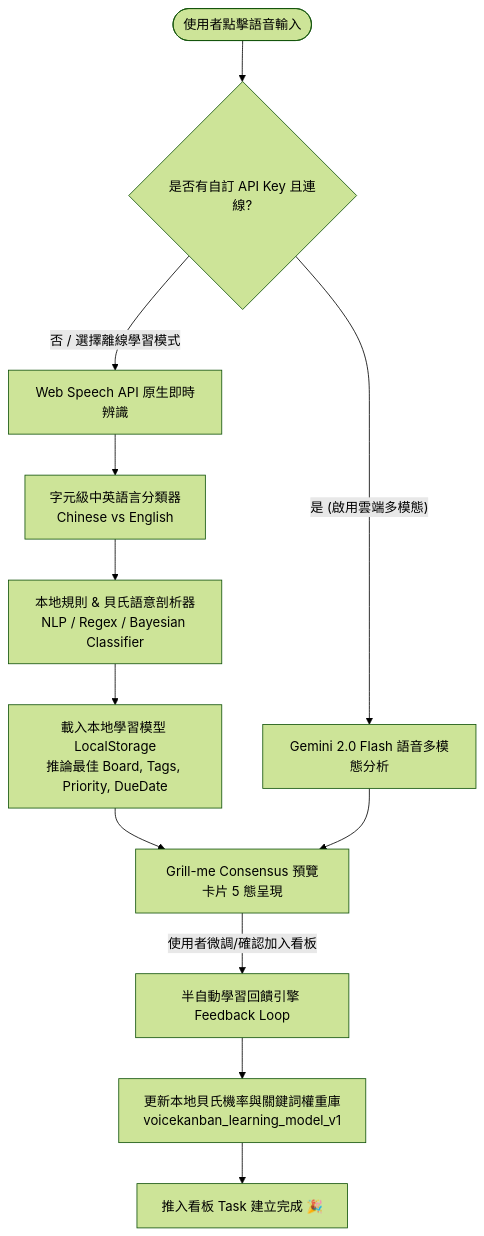
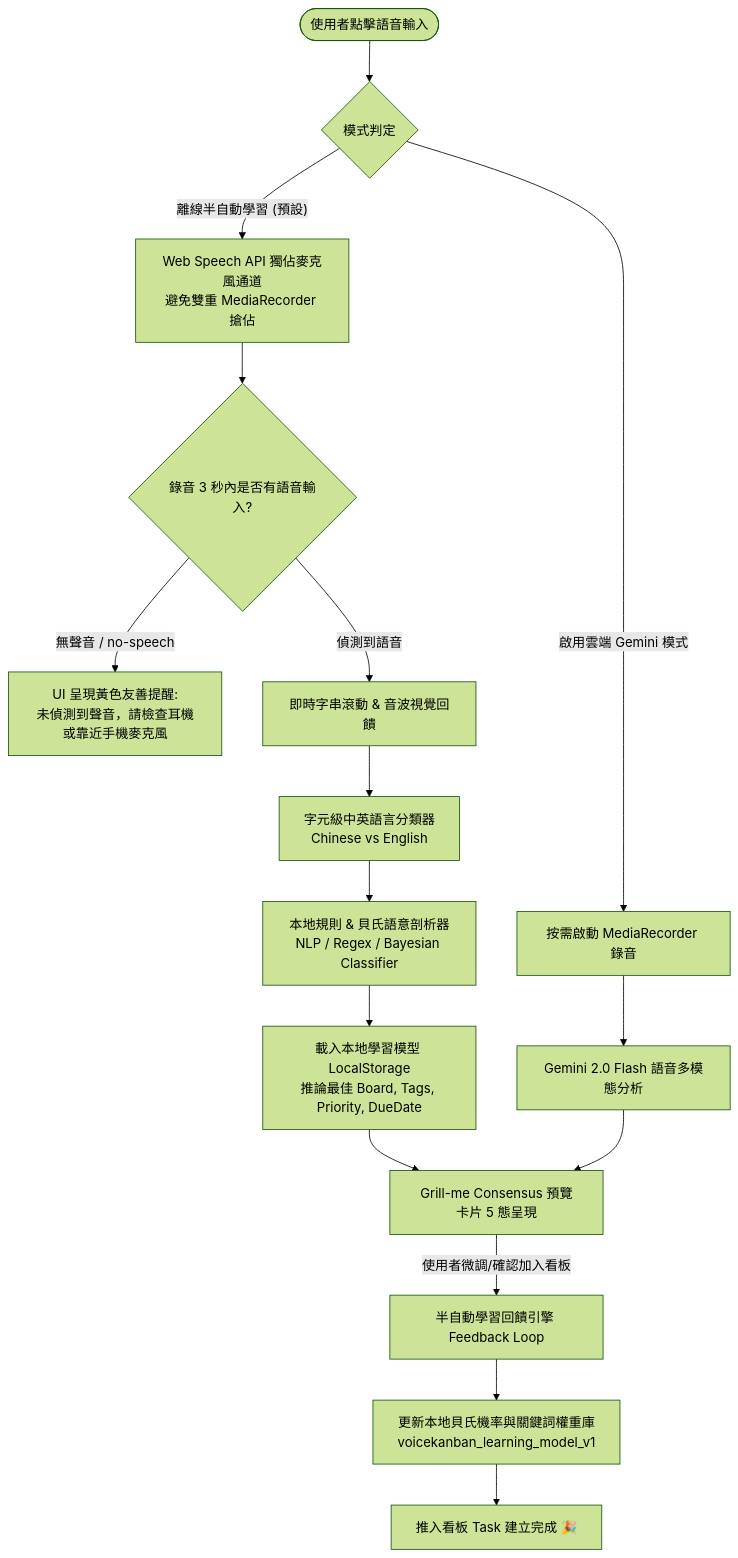
Before and after one commit to lincentHuang/VoiceKanban: the diagram in PRD.md, drawn with Mermaid (forest theme). The commit also changed other lines of this file and 13 other files, not shown here.

````diff
--- a/PRD.md
+++ b/PRD.md
@@ -15,20 +17,25 @@
 ```mermaid
 flowchart TD
-    Start([使用者點擊語音輸入]) --> ModeCheck{是否有自訂 API Key 且連線?}
+    Start([使用者點擊語音輸入]) --> ModeCheck{模式判定}
     
-    %% 離線/本地學習路徑
-    ModeCheck -- 否 / 選擇離線學習模式 --> WebSpeech[Web Speech API 原生即時辨識]
-    WebSpeech --> LangClassify[字元級中英語言分類器<br/>Chinese vs English]
+    %% 離線/本地學習路徑 (單一通道專屬)
+    ModeCheck -- 離線半自動學習 (預設) --> ExclusiveStream[Web Speech API 獨佔麥克風通道<br/>避免雙重 MediaRecorder 搶佔]
+    ExclusiveStream --> SilenceCheck{錄音 3 秒內是否有語音輸入?}
+    SilenceCheck -- 無聲音 / no-speech --> ShowSilenceAlert[UI 呈現黃色友善提醒:<br/>未偵測到聲音，請檢查耳機或靠近手機麥克風]
+    SilenceCheck -- 偵測到語音 --> InterimStream[即時字串滾動 & 音波視覺回饋]
+    
+    InterimStream --> LangClassify[字元級中英語言分類器<br/>Chinese vs English]
     LangClassify --> LocalNLP[本地規則 & 貝氏語意剖析器<br/>NLP / Regex / Bayesian Classifier]
     LocalNLP --> LearnInference[載入本地學習模型 LocalStorage<br/>推論最佳 Board, Tags, Priority, DueDate]
     LearnInference --> PreviewCard[Grill-me Consensus 預覽卡片 5 態呈現]
     
     %% 使用者確認與半自動反饋學習
     PreviewCard -- 使用者微調/確認加入看板 --> FeedbackLoop[半自動學習回饋引擎 Feedback Loop]
     FeedbackLoop --> UpdateModel[更新本地貝氏機率與關鍵詞權重庫<br/>voicekanban_learning_model_v1]
     UpdateModel --> PushTask[推入看板 Task 建立完成 🎉]
     
-    %% 雲端 AI 模式
-    ModeCheck -- 是 (啟用雲端多模態) --> GeminiAPI[Gemini 2.0 Flash 語音多模態分析]
+    %% 雲端 AI 模式 (按需請求 MediaRecorder)
+    ModeCheck -- 啟用雲端 Gemini 模式 --> OnDemandMedia[按需啟動 MediaRecorder 錄音]
+    OnDemandMedia --> GeminiAPI[Gemini 2.0 Flash 語音多模態分析]
     GeminiAPI --> PreviewCard
 ```
````
